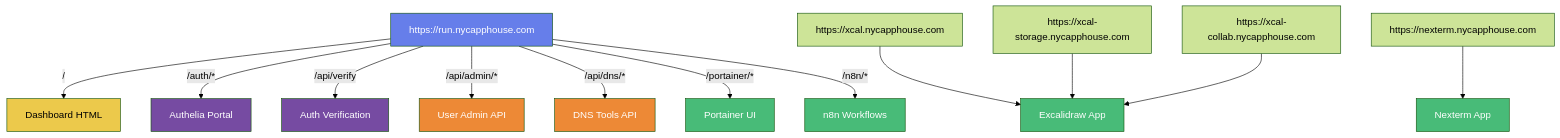
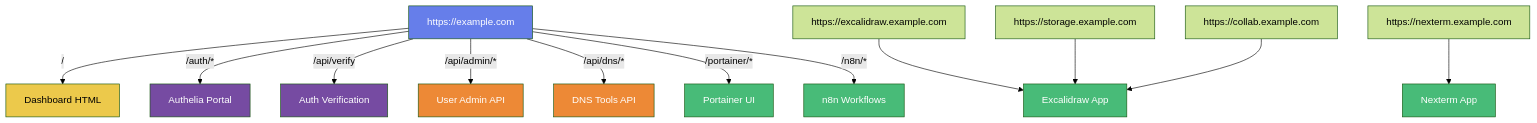
Before and after one commit to dustinnh/Walled-Garden: the fourth of 7 diagrams in docs/ARCHITECTURE.md, drawn with Mermaid (forest theme). The commit also changed other lines of this file and 13 other files, not shown here.

````diff
--- a/docs/ARCHITECTURE.md
+++ b/docs/ARCHITECTURE.md
@@ -189,29 +189,29 @@
 ```mermaid
 graph TD
-    Root[https://run.nycapphouse.com]
+    Root[https://example.com]
 
     Root -->|/| Dashboard[Dashboard HTML]
     Root -->|/auth/*| Authelia[Authelia Portal]
     Root -->|/api/verify| AuthAPI[Auth Verification]
     Root -->|/api/admin/*| UserAdmin[User Admin API]
     Root -->|/api/dns/*| DNSTools[DNS Tools API]
     Root -->|/portainer/*| Portainer[Portainer UI]
     Root -->|/n8n/*| N8N[n8n Workflows]
 
-    XCal[https://xcal.nycapphouse.com] --> Excalidraw[Excalidraw App]
-    XCalStorage[https://xcal-storage.nycapphouse.com] --> Excalidraw
-    XCalCollab[https://xcal-collab.nycapphouse.com] --> Excalidraw
+    XCal[https://excalidraw.example.com] --> Excalidraw[Excalidraw App]
+    XCalStorage[https://storage.example.com] --> Excalidraw
+    XCalCollab[https://collab.example.com] --> Excalidraw
 
-    Nexterm[https://nexterm.nycapphouse.com] --> NextermApp[Nexterm App]
+    Nexterm[https://nexterm.example.com] --> NextermApp[Nexterm App]
 
     style Root fill:#667eea,color:#fff
     style Dashboard fill:#ecc94b,color:#000
     style Authelia fill:#764ba2,color:#fff
     style AuthAPI fill:#764ba2,color:#fff
     style UserAdmin fill:#ed8936,color:#fff
     style DNSTools fill:#ed8936,color:#fff
     style Portainer fill:#48bb78,color:#fff
     style N8N fill:#48bb78,color:#fff
     style Excalidraw fill:#48bb78,color:#fff
     style NextermApp fill:#48bb78,color:#fff
 ```
````
